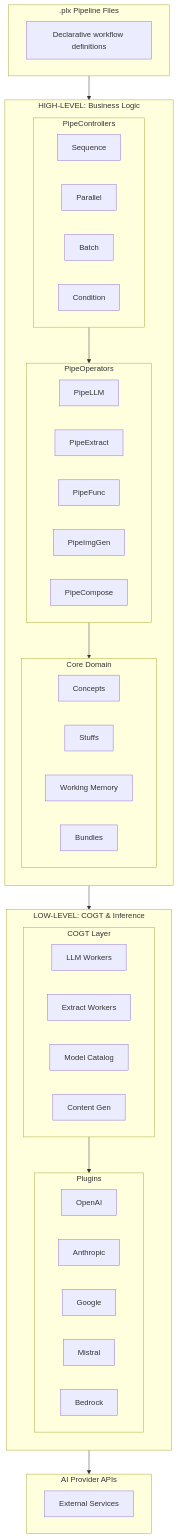
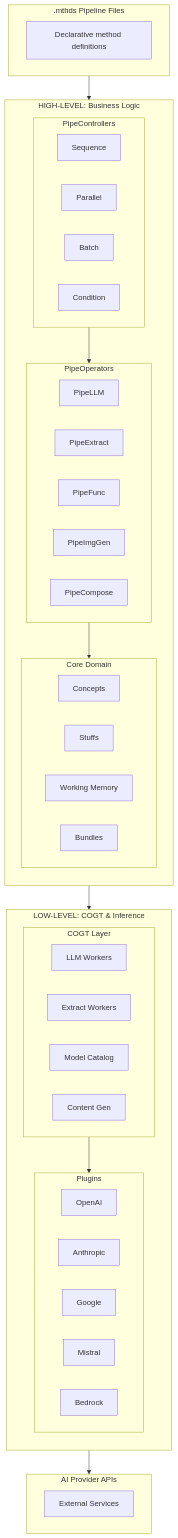
The diagram in docs/under-the-hood/architecture-overview.md (Pipelex/pipelex), drawn with Mermaid before and after one commit. The commit also changed other lines of this file and 162 other files, not shown here.

First line of the commit message:
Rename .plx extension to .mthds and update "workflow" terminology to "method"

````diff
--- a/docs/under-the-hood/architecture-overview.md
+++ b/docs/under-the-hood/architecture-overview.md
@@ -94,58 +94,58 @@
 ```mermaid
 flowchart TB
-    subgraph PLX[".plx Pipeline Files"]
+    subgraph MTHDS[".mthds Pipeline Files"]
         direction LR
-        D1["Declarative workflow definitions"]
+        D1["Declarative method definitions"]
     end
 
     subgraph HL["HIGH-LEVEL: Business Logic"]
         direction TB
         subgraph Controllers["PipeControllers"]
             C1["Sequence"]
             C2["Parallel"]
             C3["Batch"]
             C4["Condition"]
         end
         subgraph Operators["PipeOperators"]
             O1["PipeLLM"]
             O2["PipeExtract"]
             O3["PipeFunc"]
             O4["PipeImgGen"]
             O5["PipeCompose"]
         end
         subgraph Core["Core Domain"]
             CR1["Concepts"]
             CR2["Stuffs"]
             CR3["Working Memory"]
             CR4["Bundles"]
         end
         Controllers --> Operators
         Operators --> Core
     end
 
     subgraph LL["LOW-LEVEL: COGT & Inference"]
         direction TB
         subgraph COGT["COGT Layer"]
             CG1["LLM Workers"]
             CG2["Extract Workers"]
             CG3["Model Catalog"]
             CG4["Content Gen"]
         end
         subgraph Plugins["Plugins"]
             P1["OpenAI"]
             P2["Anthropic"]
             P3["Google"]
             P4["Mistral"]
             P5["Bedrock"]
         end
         COGT --> Plugins
     end
 
     subgraph API["AI Provider APIs"]
         A1["External Services"]
     end
 
-    PLX --> HL
+    MTHDS --> HL
     HL --> LL
     LL --> API
 ```
````
